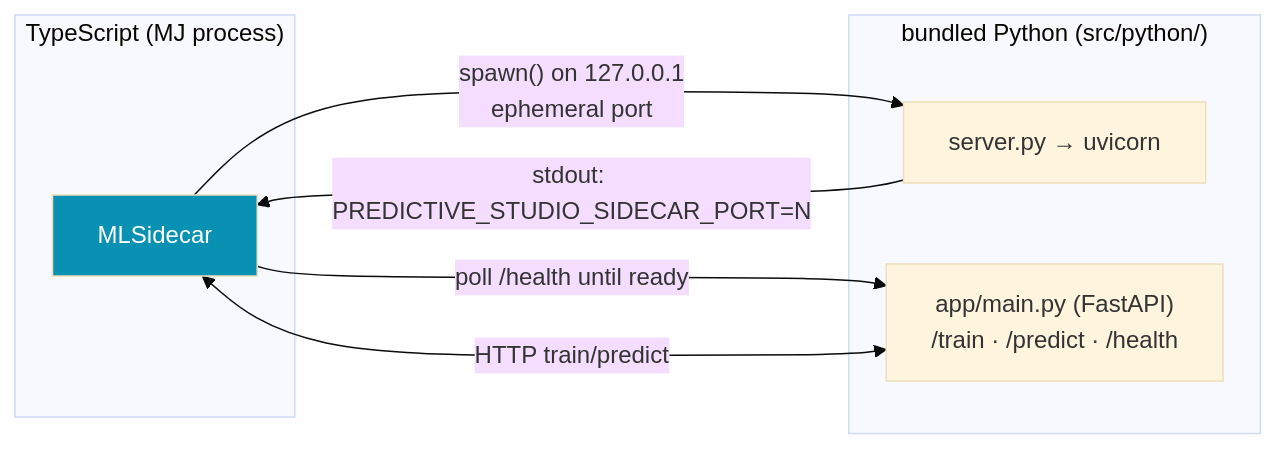
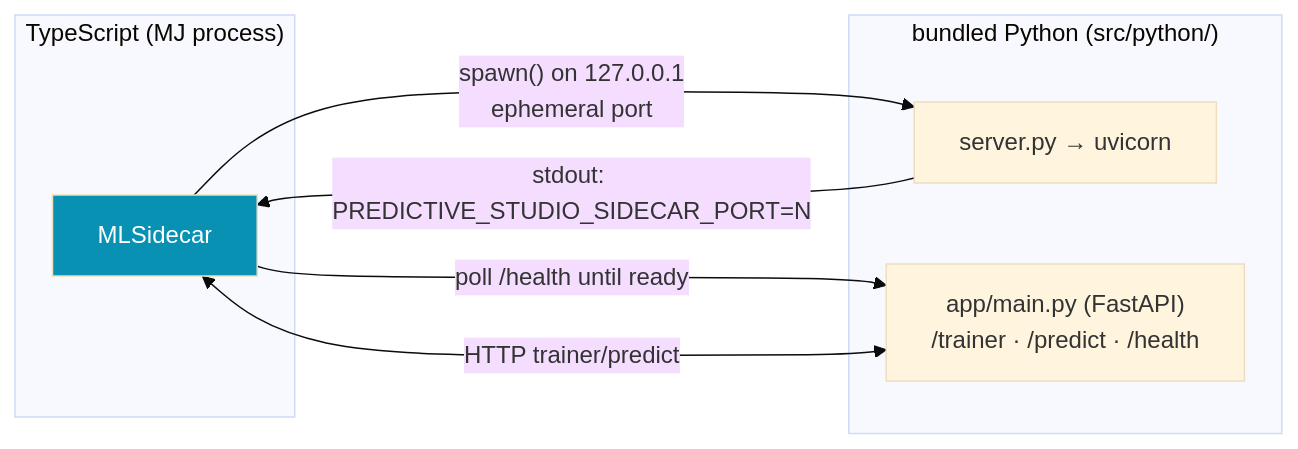
The second of 15 diagrams in guides/PREDICTIVE_STUDIO_GUIDE.md (MemberJunction/MJ), drawn with Mermaid (base theme) before and after one commit. The commit also changed other lines of this file and 4 other files, not shown here.

````diff
--- a/guides/PREDICTIVE_STUDIO_GUIDE.md
+++ b/guides/PREDICTIVE_STUDIO_GUIDE.md
@@ -134,15 +132,15 @@
 ```mermaid
 flowchart LR
     subgraph TS["TypeScript (MJ process)"]
         MS["MLSidecar"]
     end
     subgraph PY["bundled Python (src/python/)"]
         SRV["server.py → uvicorn"]
-        APP["app/main.py (FastAPI)<br/>/train · /predict · /health"]
+        APP["app/main.py (FastAPI)<br/>/trainer · /predict · /health"]
     end
     MS -->|"spawn() on 127.0.0.1<br/>ephemeral port"| SRV
     SRV -->|"stdout: PREDICTIVE_STUDIO_SIDECAR_PORT=N"| MS
     MS -->|"poll /health until ready"| APP
-    MS <-->|"HTTP train/predict"| APP
+    MS <-->|"HTTP trainer/predict"| APP
     style MS fill:#0891b2,color:#fff
 ```
````
